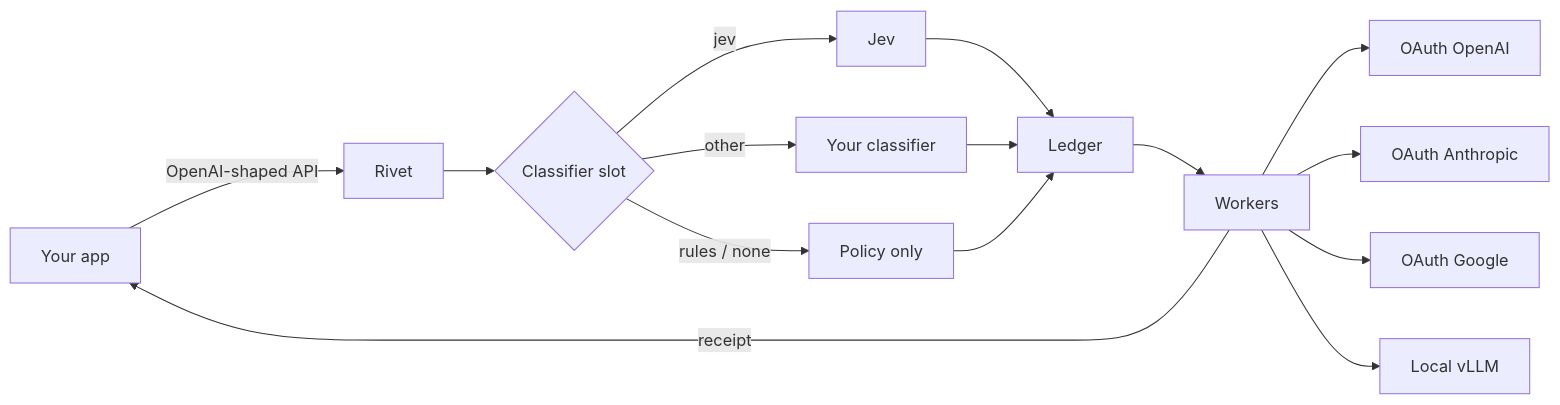
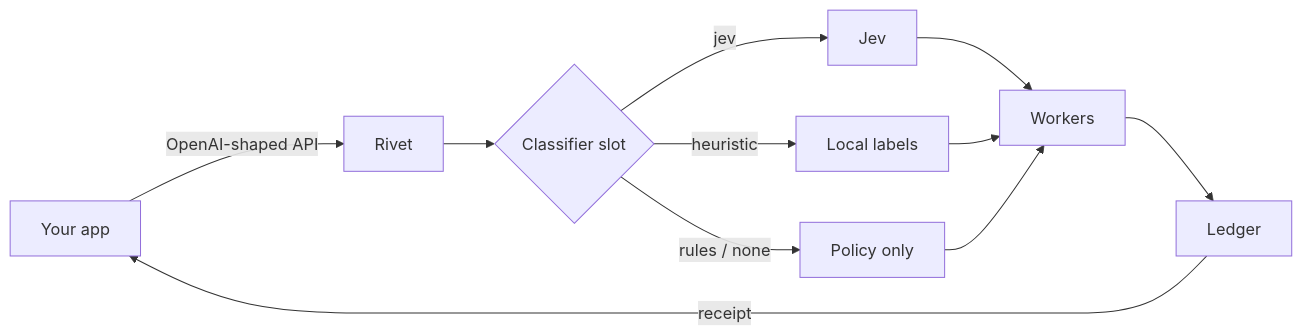
One commit to hdiesel323/rivet changed the diagram in README.md. Above: the diagram before and after it, drawn with Mermaid. The commit also changed other lines of this file and 50 other files, not shown here.

````diff
--- a/README.md
+++ b/README.md
@@ -20,17 +20,13 @@
 ```mermaid
 flowchart LR
   A[Your app] -->|OpenAI-shaped API| R[Rivet]
   R --> S{Classifier slot}
   S -->|jev| J[Jev]
-  S -->|other| C[Your classifier]
+  S -->|heuristic| H[Local labels]
   S -->|rules / none| P[Policy only]
-  J --> L[Ledger]
-  C --> L
-  P --> L
-  L --> W[Workers]
-  W --> O1[OAuth OpenAI]
-  W --> O2[OAuth Anthropic]
-  W --> O3[OAuth Google]
-  W --> O4[Local vLLM]
-  W -->|receipt| A
+  J --> W[Workers]
+  H --> W
+  P --> W
+  W --> L[Ledger]
+  L -->|receipt| A
 ```
````
